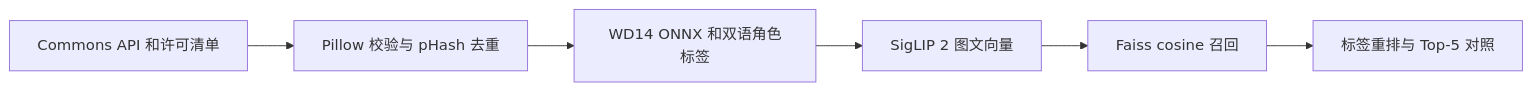
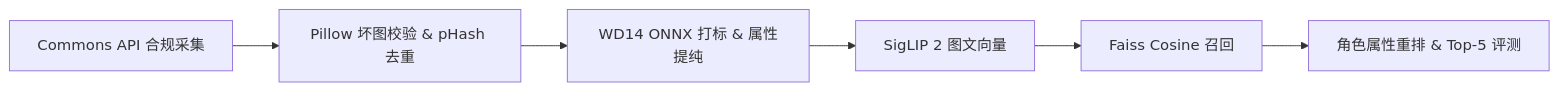
The diagram in README.md (lubin010319/anime-char-rag-pipeline), drawn with Mermaid before and after one commit. The commit also changed other lines of this file, not shown here.

````diff
--- a/README.md
+++ b/README.md
@@ -7,8 +7,8 @@
 ```mermaid
 flowchart LR
-    A[Commons API 和许可清单] --> B[Pillow 校验与 pHash 去重]
-    B --> C[WD14 ONNX 和双语角色标签]
+    A[Commons API 合规采集] --> B[Pillow 坏图校验 & pHash 去重]
+    B --> C[WD14 ONNX 打标 & 属性提纯]
     C --> D[SigLIP 2 图文向量]
-    D --> E[Faiss cosine 召回]
-    E --> F[标签重排与 Top-5 对照]
+    D --> E[Faiss Cosine 召回]
+    E --> F[角色属性重排 & Top-5 评测]
 ```
````
